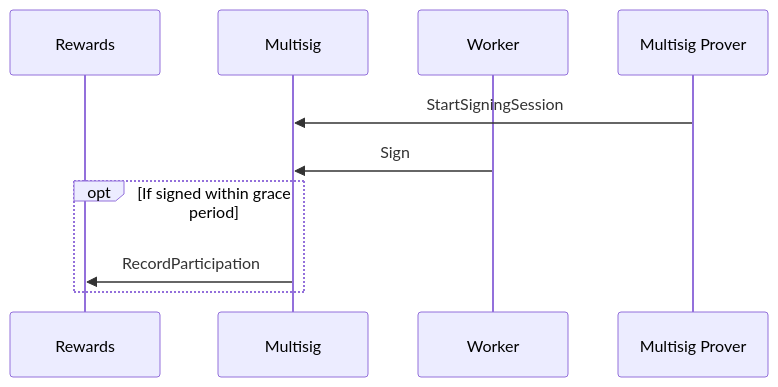
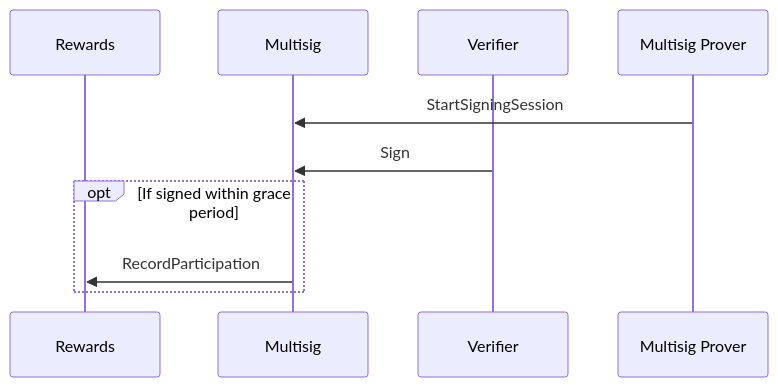
The third of 3 diagrams in doc/src/contracts/rewards.md (axelarnetwork/axelar-amplifier), drawn with Mermaid before and after one commit. The commit also changed other lines of this file and 7 other files, not shown here.

````diff
--- a/doc/src/contracts/rewards.md
+++ b/doc/src/contracts/rewards.md
@@ -55,14 +57,14 @@
 ```mermaid
 
 sequenceDiagram
 participant Rewards
 participant Multisig
-participant Worker
+participant Verifier
 participant Multisig Prover
 
 Multisig Prover ->> Multisig: StartSigningSession
-Worker ->> Multisig: Sign
+Verifier ->> Multisig: Sign
 opt If signed within grace period
 Multisig ->> Rewards: RecordParticipation
 end
 ```
````
